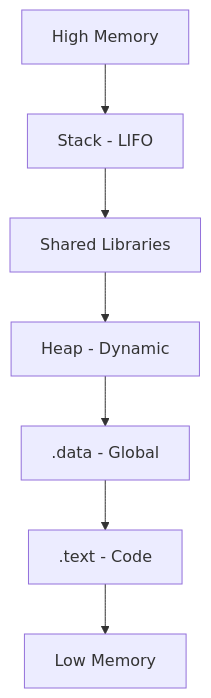
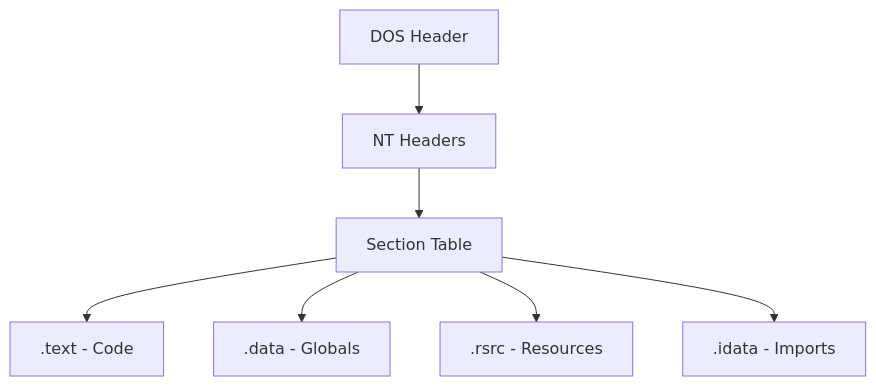
The diagram in phase-01-fundamentals/log-02-pe-structure.md (IsaAli-110/Learning-Journey-Reverse-Engginering), drawn with Mermaid before and after one commit. The commit also changed other lines of this file, not shown here.

Commit message:
fix(docs): resolve rendering issues in log-02 pe-structure and log-03 memory-manegement

````diff
--- a/phase-01-fundamentals/log-02-pe-structure.md
+++ b/phase-01-fundamentals/log-02-pe-structure.md
@@ -18,10 +18,10 @@
 ```mermaid
 graph TD
-    A[High Memory] --> B[Stack - LIFO]
-    B --> C[Shared Libraries]
-    C --> D[Heap - Dynamic]
-    D --> E[.data - Global]
-    E --> F[.text - Code]
-    F --> G[Low Memory]
+    A[DOS Header] --> B[NT Headers]
+    B --> C[Section Table]
+    C --> D[.text - Code]
+    C --> E[.data - Globals]
+    C --> F[.rsrc - Resources]
+    C --> G[.idata - Imports]
 
 ```
````
